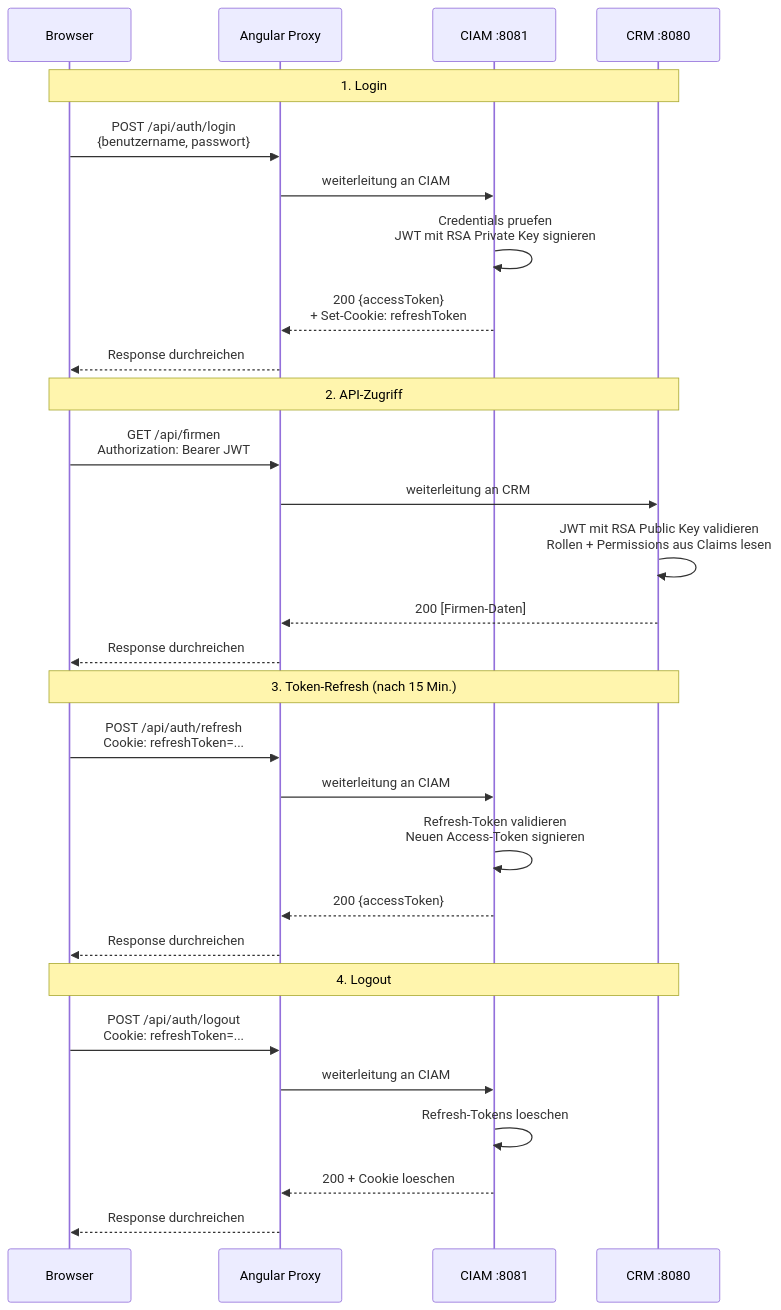
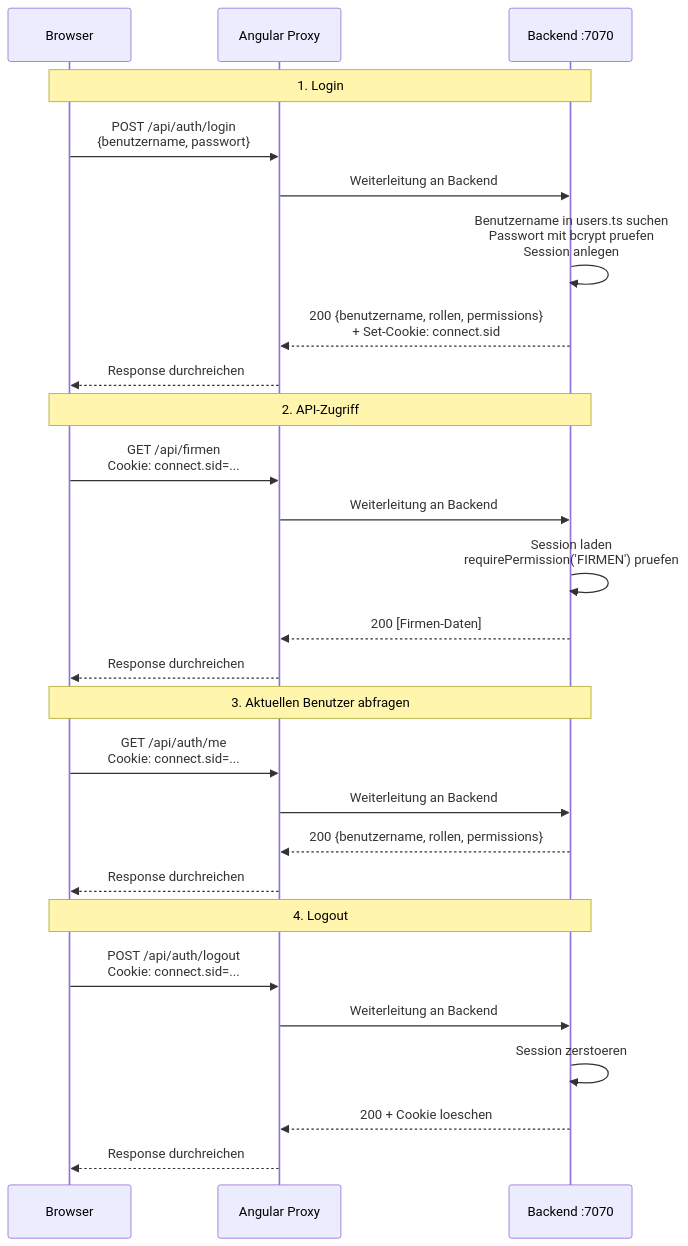
The second of 8 diagrams in docs/architecture.md (atra-consulting/coding-with-ai-lab), drawn with Mermaid before and after one commit. The commit also changed other lines of this file, not shown here.

First line of the commit message:
feat: Rewrite architecture.md for Node.js/Express/SQLite stack. UPDATE-README

````diff
--- a/docs/architecture.md
+++ b/docs/architecture.md
@@ -87,39 +78,37 @@
 ```mermaid
 sequenceDiagram
     participant B as Browser
     participant P as Angular Proxy
-    participant C as CIAM :8081
-    participant R as CRM :8080
+    participant BE as Backend :7070
 
-    Note over B,R: 1. Login
+    Note over B,BE: 1. Login
 
     B->>P: POST /api/auth/login<br/>{benutzername, passwort}
-    P->>C: weiterleitung an CIAM
-    C->>C: Credentials pruefen<br/>JWT mit RSA Private Key signieren
-    C-->>P: 200 {accessToken}<br/>+ Set-Cookie: refreshToken
+    P->>BE: Weiterleitung an Backend
+    BE->>BE: Benutzername in users.ts suchen<br/>Passwort mit bcrypt pruefen<br/>Session anlegen
+    BE-->>P: 200 {benutzername, rollen, permissions}<br/>+ Set-Cookie: connect.sid
     P-->>B: Response durchreichen
 
-    Note over B,R: 2. API-Zugriff
+    Note over B,BE: 2. API-Zugriff
 
-    B->>P: GET /api/firmen<br/>Authorization: Bearer JWT
-    P->>R: weiterleitung an CRM
-    R->>R: JWT mit RSA Public Key validieren<br/>Rollen + Permissions aus Claims lesen
-    R-->>P: 200 [Firmen-Daten]
+    B->>P: GET /api/firmen<br/>Cookie: connect.sid=...
+    P->>BE: Weiterleitung an Backend
+    BE->>BE: Session laden<br/>requirePermission('FIRMEN') pruefen
+    BE-->>P: 200 [Firmen-Daten]
     P-->>B: Response durchreichen
 
-    Note over B,R: 3. Token-Refresh (nach 15 Min.)
+    Note over B,BE: 3. Aktuellen Benutzer abfragen
 
-    B->>P: POST /api/auth/refresh<br/>Cookie: refreshToken=...
-    P->>C: weiterleitung an CIAM
-    C->>C: Refresh-Token validieren<br/>Neuen Access-Token signieren
-    C-->>P: 200 {accessToken}
+    B->>P: GET /api/auth/me<br/>Cookie: connect.sid=...
+    P->>BE: Weiterleitung an Backend
+    BE-->>P: 200 {benutzername, rollen, permissions}
     P-->>B: Response durchreichen
 
-    Note over B,R: 4. Logout
+    Note over B,BE: 4. Logout
 
-    B->>P: POST /api/auth/logout<br/>Cookie: refreshToken=...
-    P->>C: weiterleitung an CIAM
-    C->>C: Refresh-Tokens loeschen
-    C-->>P: 200 + Cookie loeschen
+    B->>P: POST /api/auth/logout<br/>Cookie: connect.sid=...
+    P->>BE: Weiterleitung an Backend
+    BE->>BE: Session zerstoeren
+    BE-->>P: 200 + Cookie loeschen
     P-->>B: Response durchreichen
 ```
````
